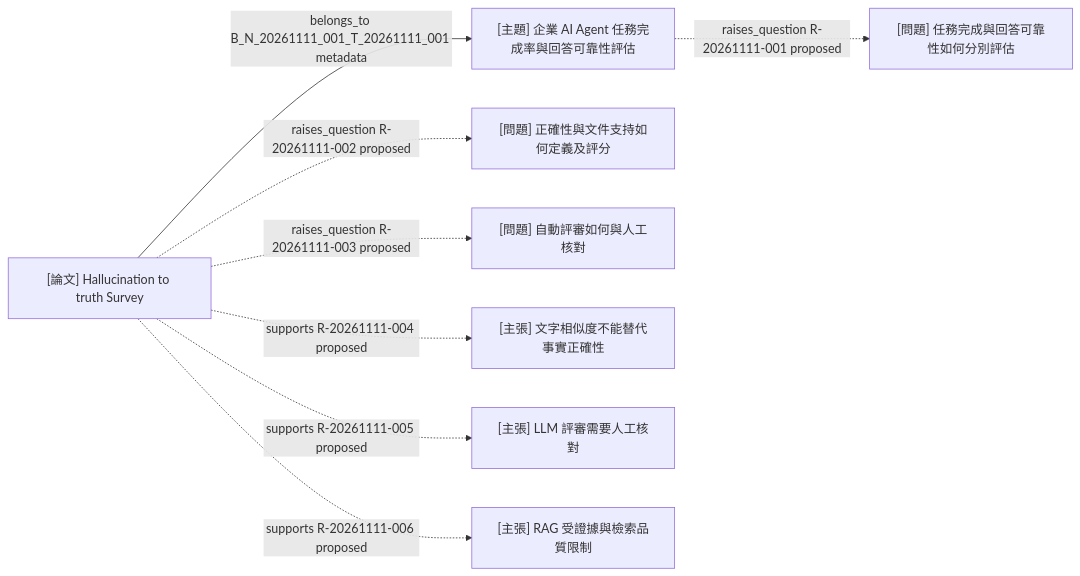
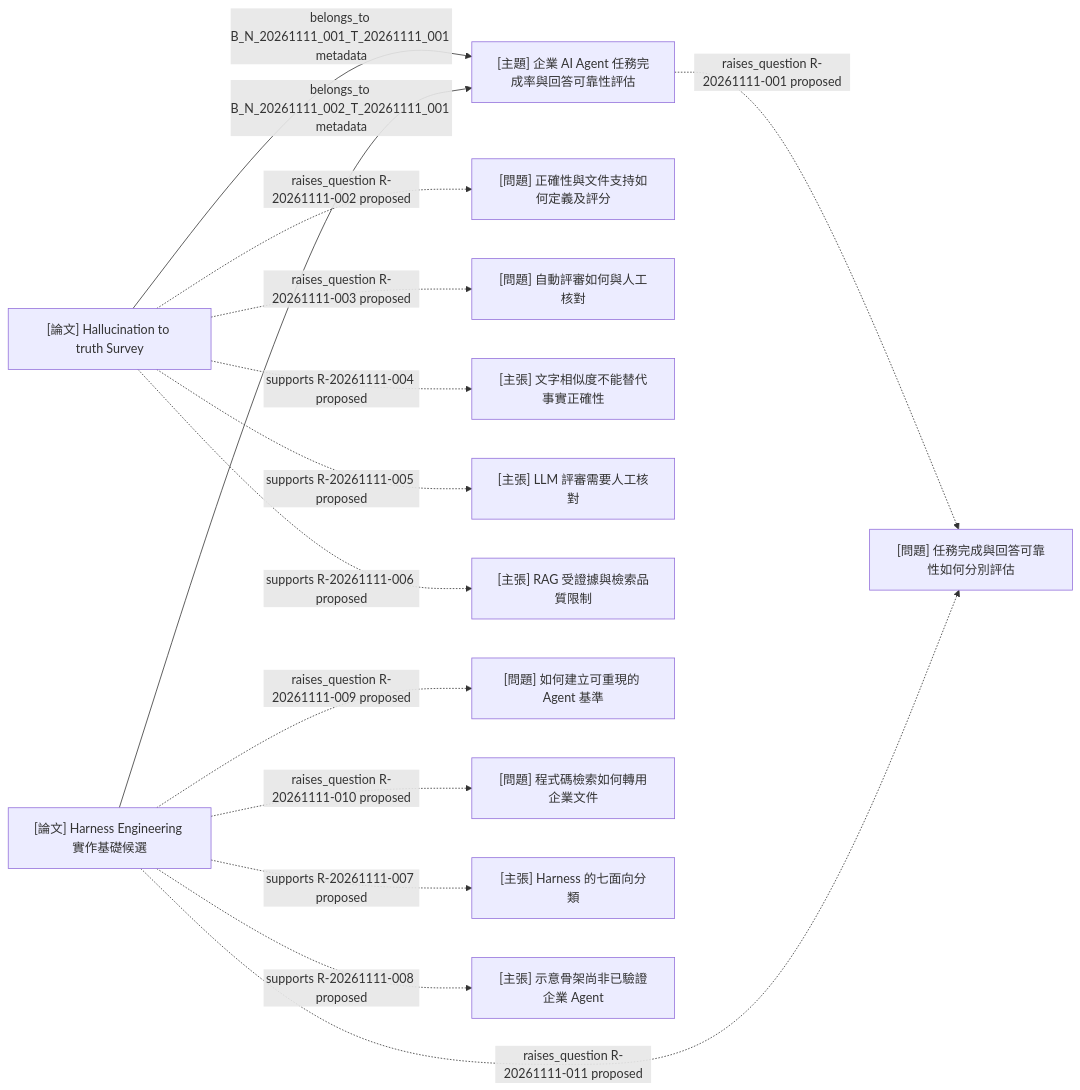
Before and after one commit to TonyTakoP/LiteratureSynapse: the diagram in graphs/T-20261111-001.md, drawn with Mermaid. The commit also changed other lines of this file and 9 other files, not shown here.

Commit message:
隨手筆記: Harness Engineering: Anatomy, Architecture, and Evolution of Coding Agents

````diff
--- a/graphs/T-20261111-001.md
+++ b/graphs/T-20261111-001.md
@@ -24,18 +25,29 @@
 ```mermaid
 flowchart LR
     T_20261111_001["[主題] 企業 AI Agent 任務完成率與回答可靠性評估"]
     N_20261111_001["[論文] Hallucination to truth Survey"]
+    N_20261111_002["[論文] Harness Engineering 實作基礎候選"]
     Q_20261111_001["[問題] 任務完成與回答可靠性如何分別評估"]
     Q_20261111_002["[問題] 正確性與文件支持如何定義及評分"]
     Q_20261111_003["[問題] 自動評審如何與人工核對"]
     C_20261111_001["[主張] 文字相似度不能替代事實正確性"]
     C_20261111_002["[主張] LLM 評審需要人工核對"]
     C_20261111_003["[主張] RAG 受證據與檢索品質限制"]
+    Q_20261111_004["[問題] 如何建立可重現的 Agent 基準"]
+    Q_20261111_005["[問題] 程式碼檢索如何轉用企業文件"]
+    C_20261111_004["[主張] Harness 的七面向分類"]
+    C_20261111_005["[主張] 示意骨架尚非已驗證企業 Agent"]
     N_20261111_001 -->|"belongs_to B_N_20261111_001_T_20261111_001 metadata"| T_20261111_001
+    N_20261111_002 -->|"belongs_to B_N_20261111_002_T_20261111_001 metadata"| T_20261111_001
     T_20261111_001 -.->|"raises_question R-20261111-001 proposed"| Q_20261111_001
     N_20261111_001 -.->|"raises_question R-20261111-002 proposed"| Q_20261111_002
     N_20261111_001 -.->|"raises_question R-20261111-003 proposed"| Q_20261111_003
     N_20261111_001 -.->|"supports R-20261111-004 proposed"| C_20261111_001
     N_20261111_001 -.->|"supports R-20261111-005 proposed"| C_20261111_002
     N_20261111_001 -.->|"supports R-20261111-006 proposed"| C_20261111_003
+    N_20261111_002 -.->|"supports R-20261111-007 proposed"| C_20261111_004
+    N_20261111_002 -.->|"supports R-20261111-008 proposed"| C_20261111_005
+    N_20261111_002 -.->|"raises_question R-20261111-009 proposed"| Q_20261111_004
+    N_20261111_002 -.->|"raises_question R-20261111-010 proposed"| Q_20261111_005
+    N_20261111_002 -.->|"raises_question R-20261111-011 proposed"| Q_20261111_001
 ```
````
